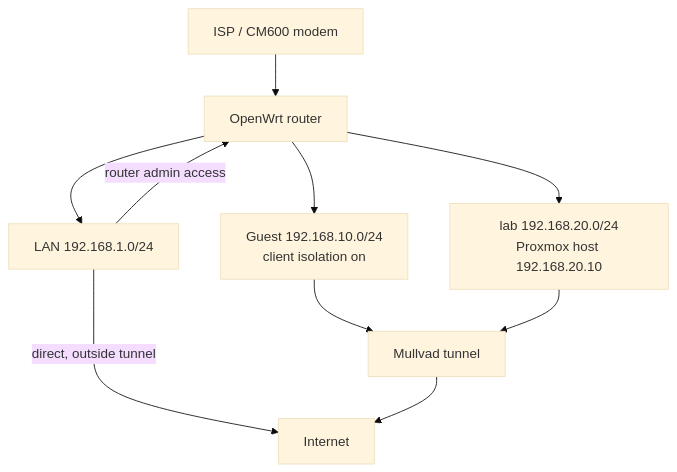
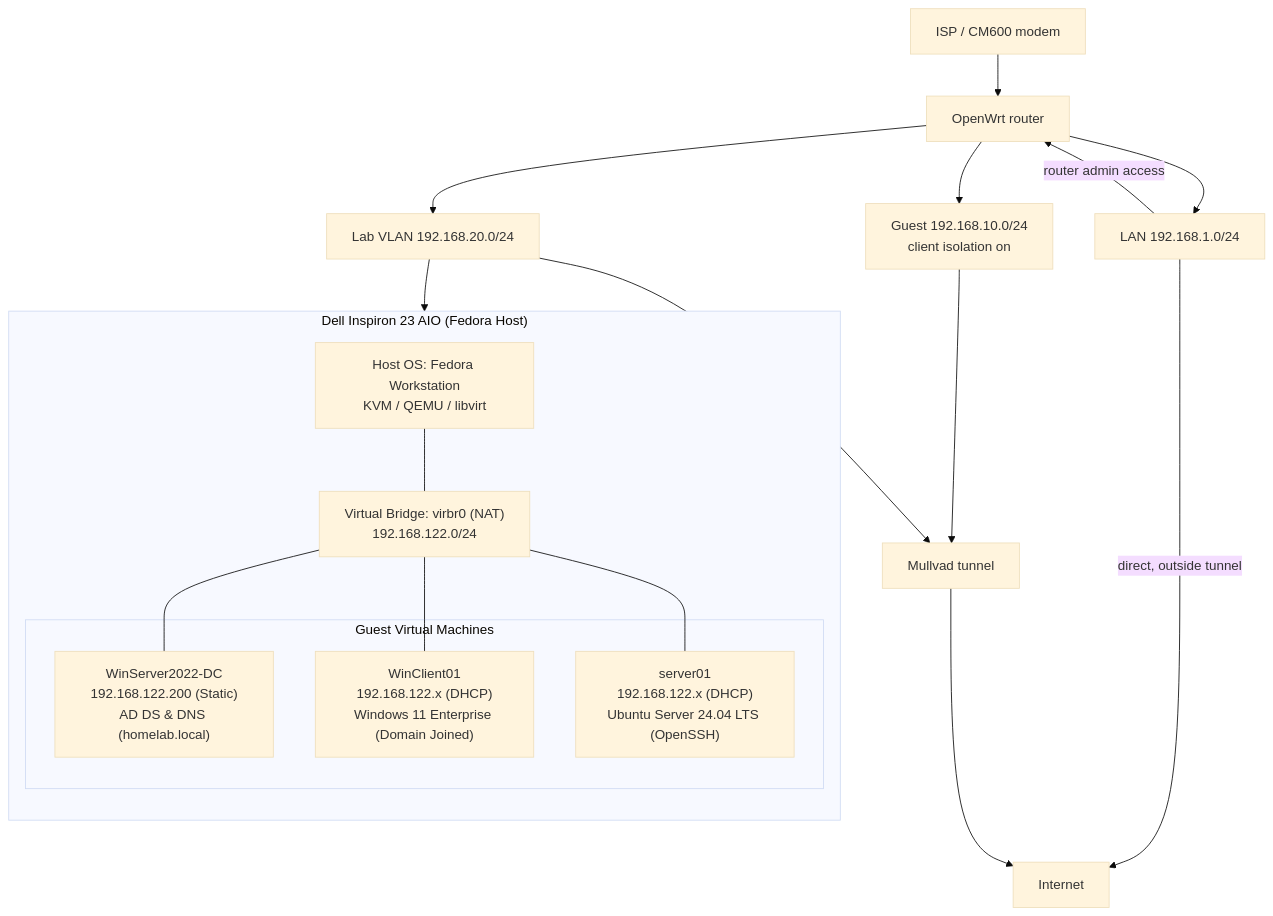
Before and after one commit to packet-lab-ops/homelab-docs: the diagram in README.md, drawn with Mermaid (base theme).

Commit message:
Update network diagram in README.md

````diff
--- a/README.md
+++ b/README.md
@@ -12,12 +12,31 @@
 ```mermaid
 flowchart TD
   ISP["ISP / CM600 modem"] --> R["OpenWrt router"]
   R --> LAN["LAN 192.168.1.0/24"]
   R --> GUEST["Guest 192.168.10.0/24<br/>client isolation on"]
-  R --> LAB["lab 192.168.20.0/24<br/>Proxmox host 192.168.20.10"]
+  R --> LAB_NET["Lab VLAN 192.168.20.0/24"]
+
+  subgraph AIO["Dell Inspiron 23 AIO (Fedora Host)"]
+    direction TB
+    HOST["Host OS: Fedora Workstation<br/>KVM / QEMU / libvirt"]
+    VIRBR0["Virtual Bridge: virbr0 (NAT)<br/>192.168.122.0/24"]
+    
+    subgraph VMS["Guest Virtual Machines"]
+      DC["WinServer2022-DC<br/>192.168.122.200 (Static)<br/>AD DS & DNS (homelab.local)"]
+      CLIENT["WinClient01<br/>192.168.122.x (DHCP)<br/>Windows 11 Enterprise (Domain Joined)"]
+      LINUX["server01<br/>192.168.122.x (DHCP)<br/>Ubuntu Server 24.04 LTS (OpenSSH)"]
+    end
+
+    HOST --- VIRBR0
+    VIRBR0 --- DC
+    VIRBR0 --- CLIENT
+    VIRBR0 --- LINUX
+  end
+
+  LAB_NET --> HOST
   LAN -->|"router admin access"| R
   LAN -->|"direct, outside tunnel"| NET["Internet"]
   GUEST --> VPN["Mullvad tunnel"]
-  LAB --> VPN
+  LAB_NET --> VPN
   VPN --> NET
 ```
````
